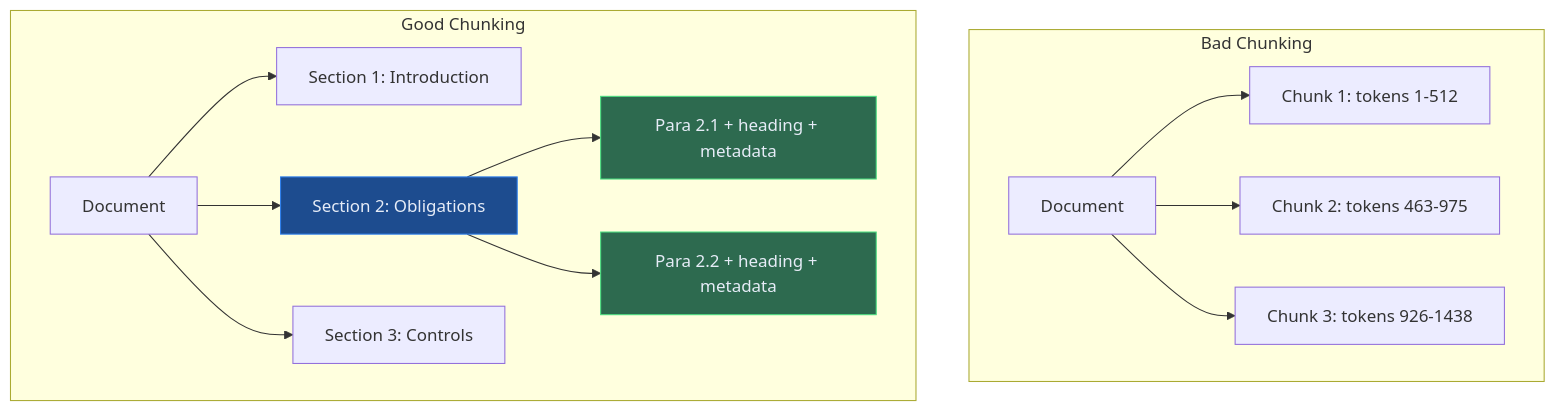
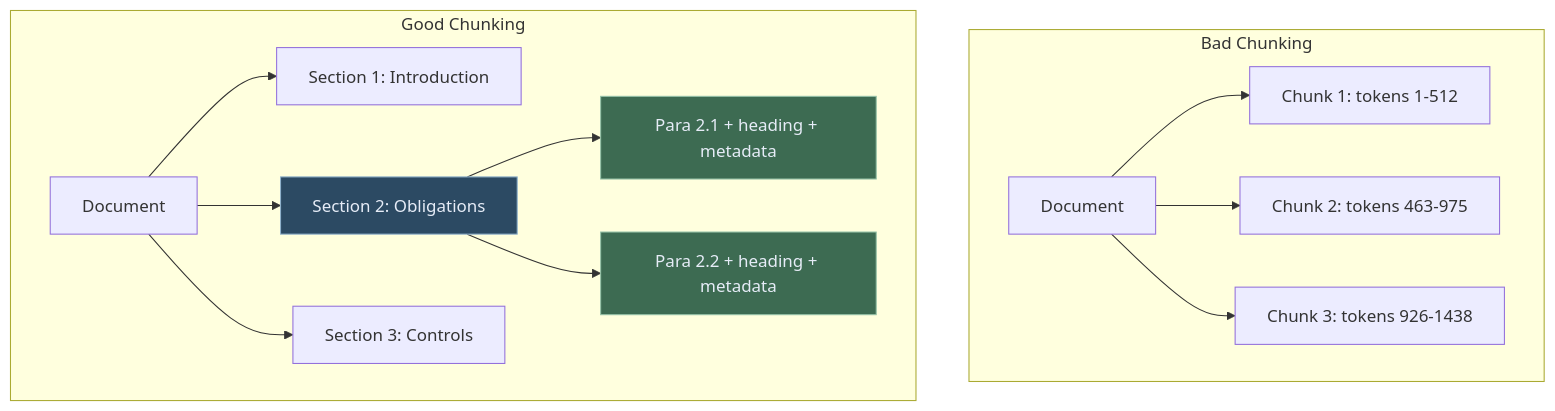
Before and after one commit to lorvexai/lorvexai: the second of 6 diagrams in blog/production-rag-beyond-the-basics.md, drawn with Mermaid. The commit also changed other lines of this file and 16 other files, not shown here.

First line of the commit message:
Retune hardcoded Mermaid node colors to match the site palette

````diff
--- a/blog/production-rag-beyond-the-basics.md
+++ b/blog/production-rag-beyond-the-basics.md
@@ -73,20 +73,20 @@
 ```mermaid
 flowchart TD
     subgraph Bad Chunking
         D1[Document] --> C1[Chunk 1: tokens 1-512]
         D1 --> C2[Chunk 2: tokens 463-975]
         D1 --> C3[Chunk 3: tokens 926-1438]
     end
 
     subgraph Good Chunking
         D2[Document] --> S1[Section 1: Introduction]
         D2 --> S2[Section 2: Obligations]
         S2 --> P1[Para 2.1 + heading + metadata]
         S2 --> P2[Para 2.2 + heading + metadata]
         D2 --> S3[Section 3: Controls]
     end
 
-    style S2 fill:#1D4C8F,stroke:#2F80ED,color:#E6ECF7
-    style P1 fill:#2D6A4F,stroke:#4ade80,color:#E6ECF7
-    style P2 fill:#2D6A4F,stroke:#4ade80,color:#E6ECF7
+    style S2 fill:#2C4A63,stroke:#8FB2CC,color:#E6ECF7
+    style P1 fill:#3D6B52,stroke:#95C2A8,color:#E6ECF7
+    style P2 fill:#3D6B52,stroke:#95C2A8,color:#E6ECF7
 ```
````
